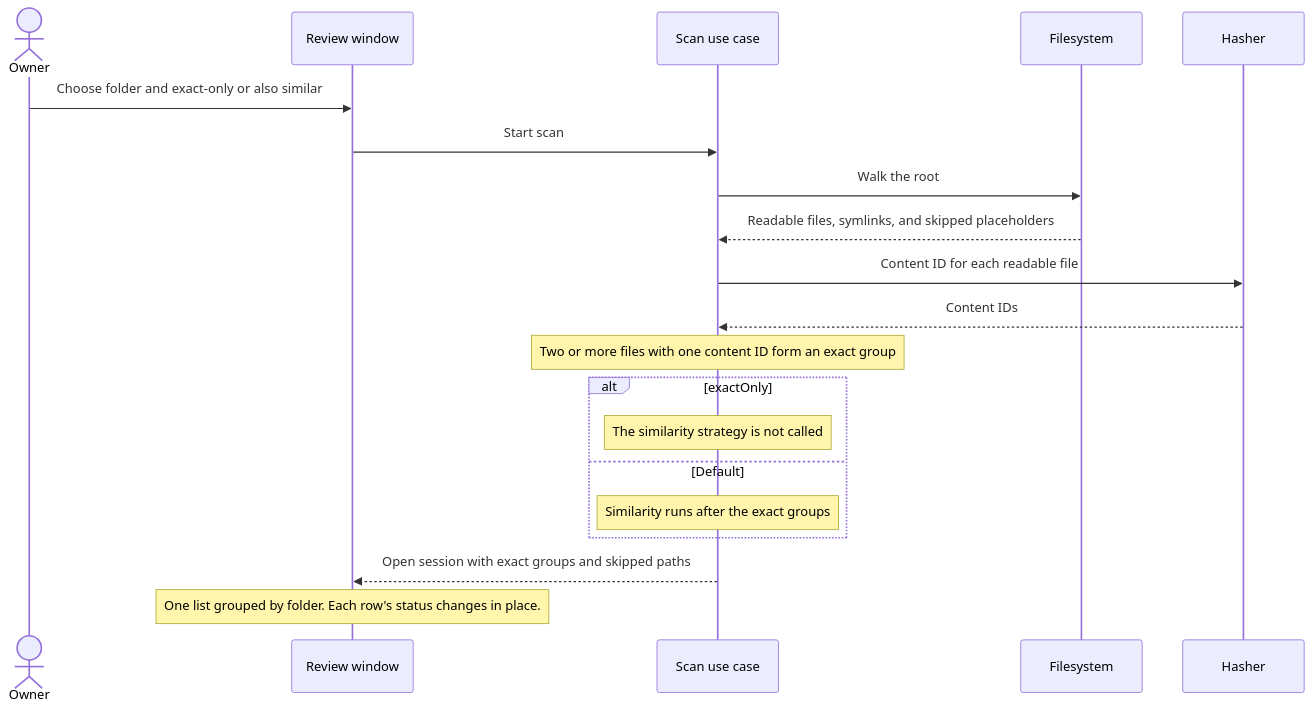
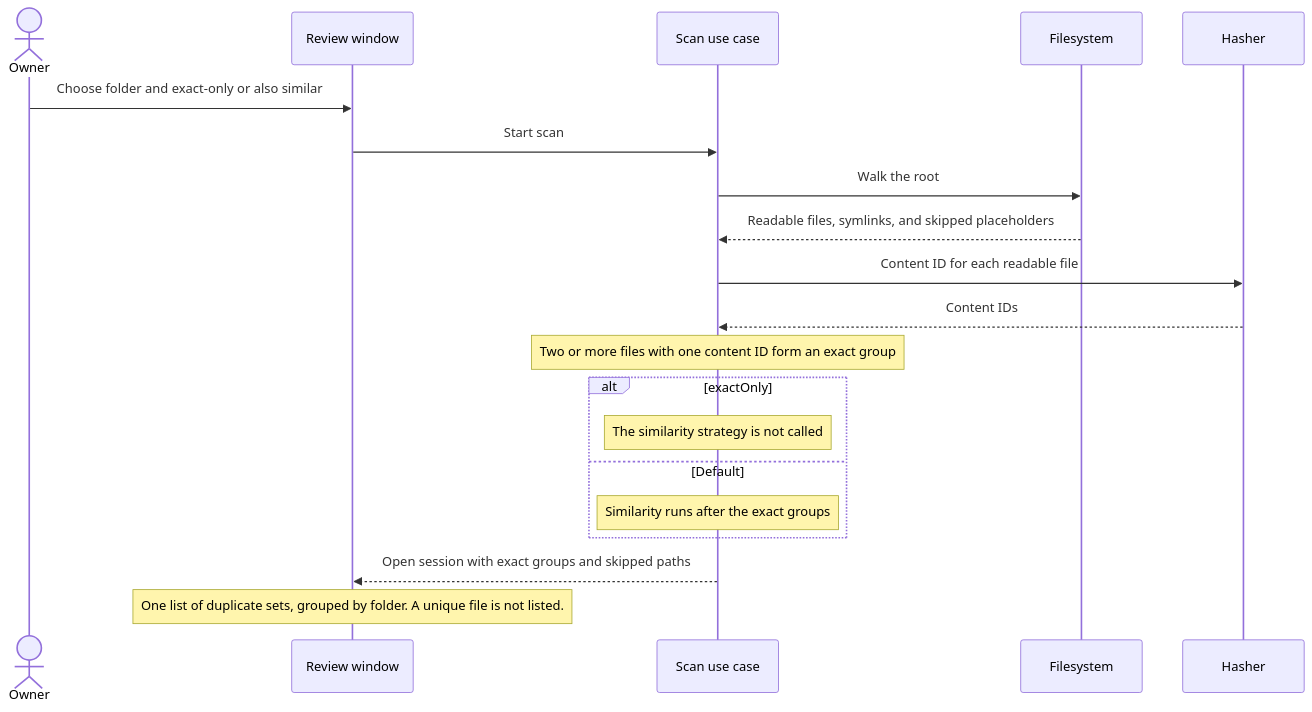
Before and after one commit to cionz0/hdsort: the second of 8 diagrams in docs/use-cases.md, drawn with Mermaid. The commit also changed other lines of this file and 15 other files, not shown here.

Commit message:
Show only duplicate sets so the review list stays readable.

````diff
--- a/docs/use-cases.md
+++ b/docs/use-cases.md
@@ -34,22 +34,22 @@
 ```mermaid
 sequenceDiagram
   actor Owner
   participant Window as Review window
   participant Scan as Scan use case
   participant Disk as Filesystem
   participant Hash as Hasher
   Owner->>Window: Choose folder and exact-only or also similar
   Window->>Scan: Start scan
   Scan->>Disk: Walk the root
   Disk-->>Scan: Readable files, symlinks, and skipped placeholders
   Scan->>Hash: Content ID for each readable file
   Hash-->>Scan: Content IDs
   Note over Scan: Two or more files with one content ID form an exact group
   alt exactOnly
     Note over Scan: The similarity strategy is not called
   else Default
     Note over Scan: Similarity runs after the exact groups
   end
   Scan-->>Window: Open session with exact groups and skipped paths
-  Note over Window: One list grouped by folder. Each row's status changes in place.
+  Note over Window: One list of duplicate sets, grouped by folder. A unique file is not listed.
 ```
````
